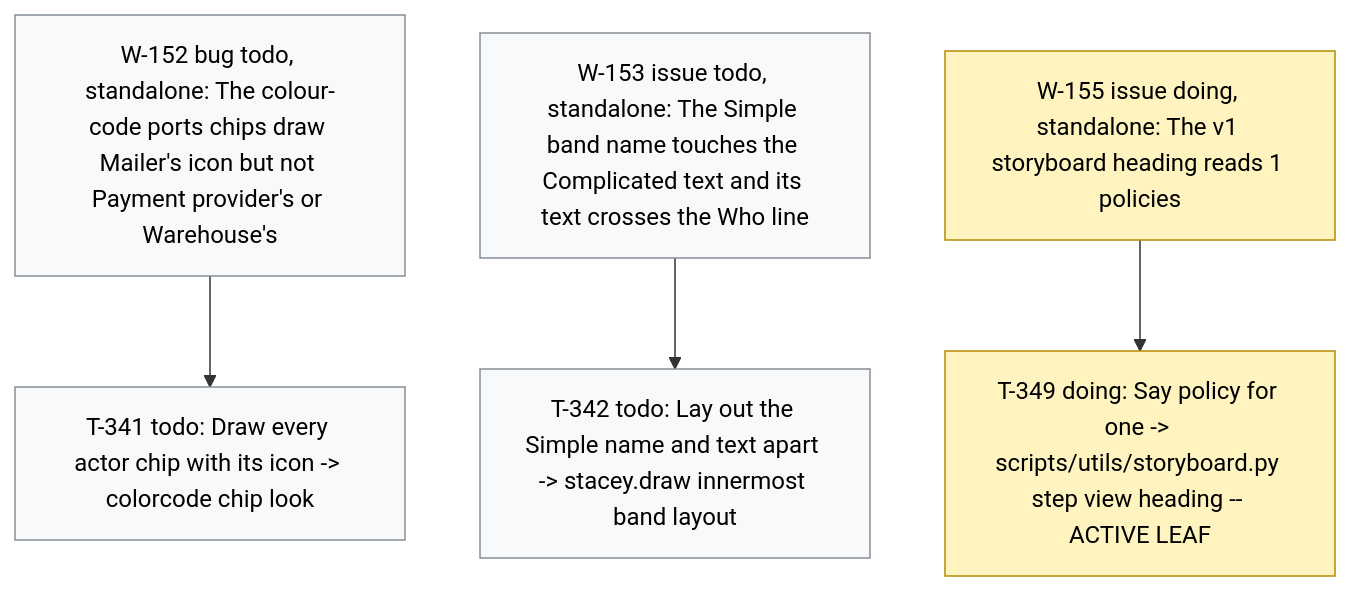
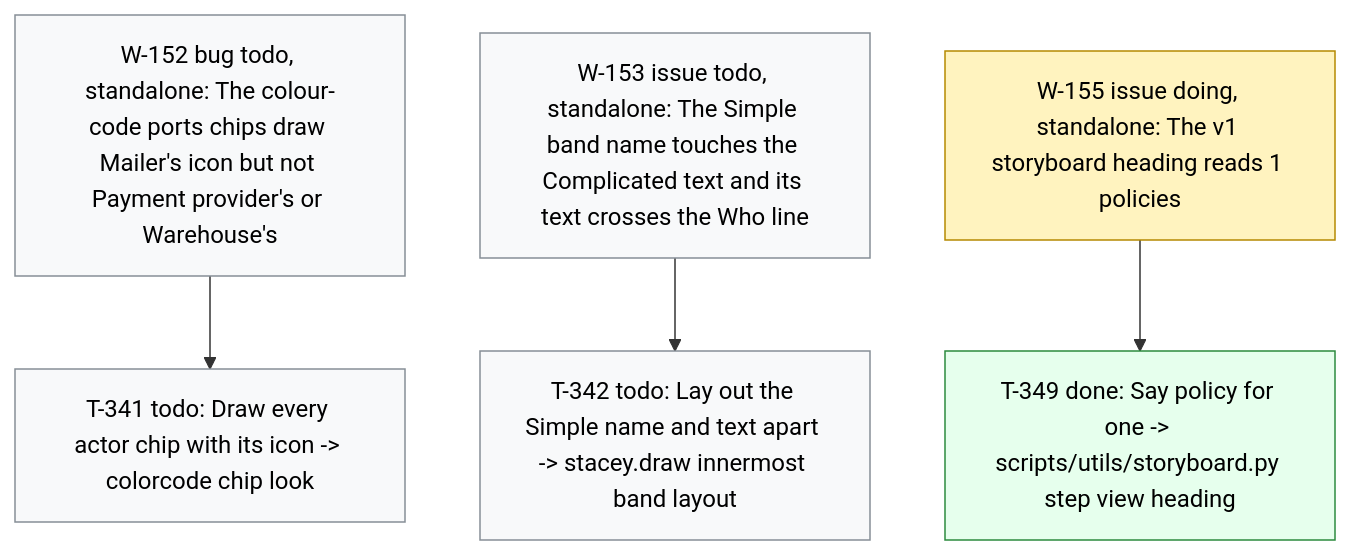
One commit to dpopchev/chaos-to-simple changed the diagram in .board/BOARD.md. Above: the diagram before and after it, drawn with Mermaid. The commit also changed other lines of this file and 1 other file, not shown here.

Commit message:
chore(board): close T-349 -- W-155 ready to land
Refs: W-155 T-349

````diff
--- a/.board/BOARD.md
+++ b/.board/BOARD.md
@@ -898,16 +898,17 @@
 ```mermaid
 flowchart TD
   W152["W-152 bug todo, standalone: The colour-code ports chips draw Mailer's icon but not Payment provider's or Warehouse's"]
   W152 --> T341["T-341 todo: Draw every actor chip with its icon -> colorcode chip look"]
   W153["W-153 issue todo, standalone: The Simple band name touches the Complicated text and its text crosses the Who line"]
   W153 --> T342["T-342 todo: Lay out the Simple name and text apart -> stacey.draw innermost band layout"]
   W155["W-155 issue doing, standalone: The v1 storyboard heading reads 1 policies"]
-  W155 --> T349["T-349 doing: Say policy for one -> scripts/utils/storyboard.py step view heading -- ACTIVE LEAF"]
+  W155 --> T349["T-349 done: Say policy for one -> scripts/utils/storyboard.py step view heading"]
   classDef doing fill:#fff3bf,stroke:#b58900,color:#000;
   classDef blocked fill:#ffe3e3,stroke:#c92a2a,color:#000;
   classDef done fill:#e6ffed,stroke:#2b8a3e,color:#000;
   classDef todo fill:#f8f9fa,stroke:#868e96,color:#000;
   classDef pruned fill:#f1f3f5,stroke:#adb5bd,color:#000;
-  class W155,T349 doing
+  class W155 doing
+  class T349 done
   class W152,T341,W153,T342 todo
 ```
````
